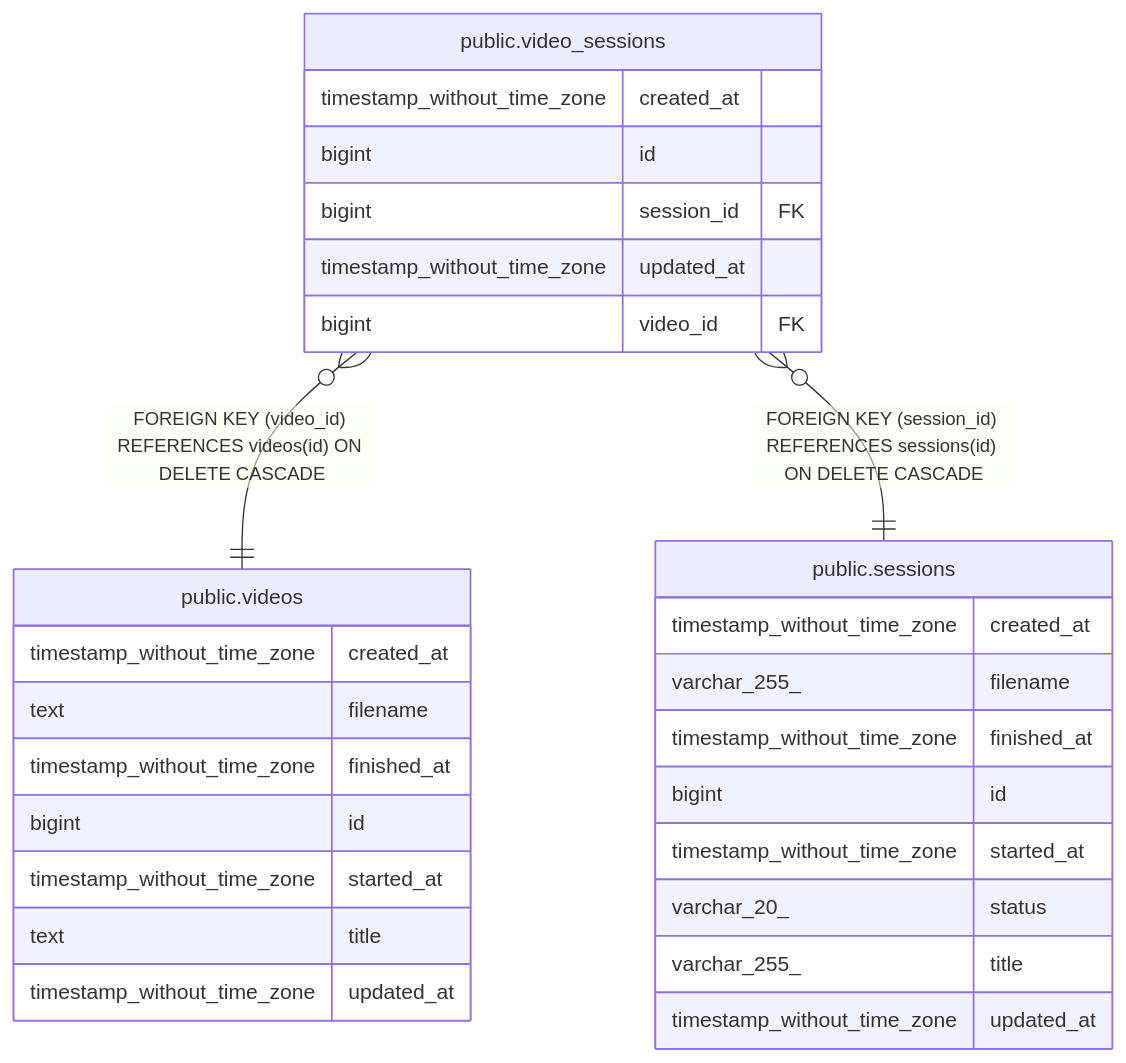
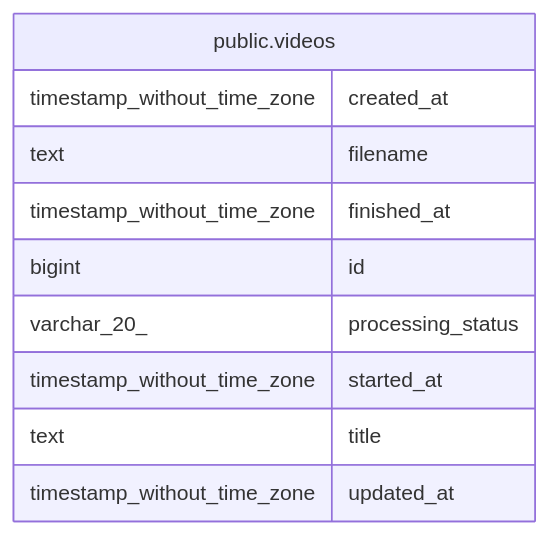
One commit to kijimad/tv changed the diagram in backend/docs/db/README.md. Above: the diagram before and after it, drawn with Mermaid. The commit also changed other lines of this file and 55 other files, not shown here.

````diff
--- a/backend/docs/db/README.md
+++ b/backend/docs/db/README.md
@@ -13,33 +11,15 @@
 ```mermaid
 erDiagram
 
-"public.video_sessions" }o--|| "public.videos" : "FOREIGN KEY (video_id) REFERENCES videos(id) ON DELETE CASCADE"
-"public.video_sessions" }o--|| "public.sessions" : "FOREIGN KEY (session_id) REFERENCES sessions(id) ON DELETE CASCADE"
 
-"public.sessions" {
-  timestamp_without_time_zone created_at
-  varchar_255_ filename
-  timestamp_without_time_zone finished_at
-  bigint id
-  timestamp_without_time_zone started_at
-  varchar_20_ status
-  varchar_255_ title
-  timestamp_without_time_zone updated_at
-}
-"public.video_sessions" {
-  timestamp_without_time_zone created_at
-  bigint id
-  bigint session_id FK
-  timestamp_without_time_zone updated_at
-  bigint video_id FK
-}
 "public.videos" {
   timestamp_without_time_zone created_at
   text filename
   timestamp_without_time_zone finished_at
   bigint id
+  varchar_20_ processing_status
   timestamp_without_time_zone started_at
   text title
   timestamp_without_time_zone updated_at
 }
 ```
````
